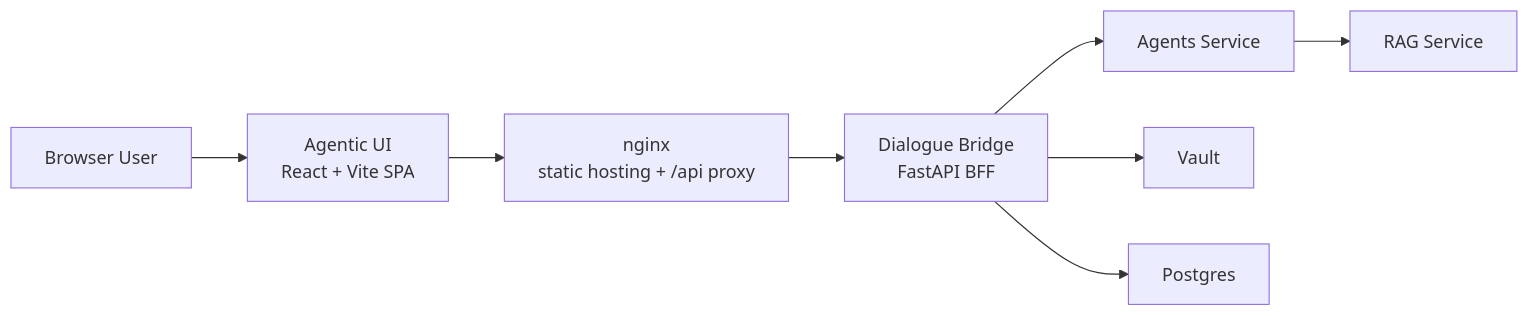
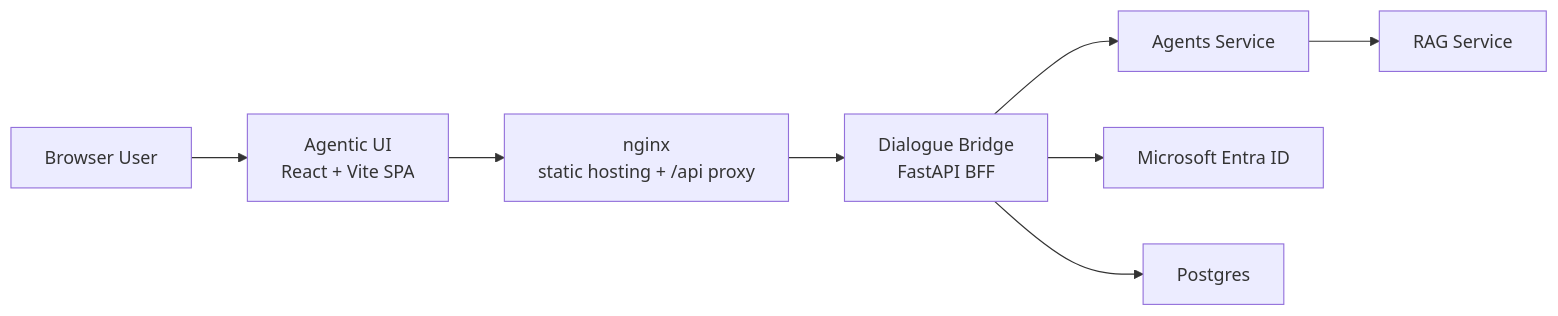
One commit to konstantinosmpouros/mAgenticX changed the first of 9 diagrams in magenticx/agentic_ui/README.md. Above: the diagram before and after it, drawn with Mermaid. The commit also changed other lines of this file and 44 other files, not shown here.

Commit message:
feat(dialogue_bridge,agentic_ui): make Microsoft Entra SSO the only login and sign session tokens with an OCI KMS HSM key instead of Vault

````diff
--- a/magenticx/agentic_ui/README.md
+++ b/magenticx/agentic_ui/README.md
@@ -22,19 +22,19 @@
 ```mermaid
 flowchart LR
     User["Browser User"]
     UI["Agentic UI\nReact + Vite SPA"]
     Nginx["nginx\nstatic hosting + /api proxy"]
     Bridge["Dialogue Bridge\nFastAPI BFF"]
     Agents["Agents Service"]
     RAG["RAG Service"]
-    Vault["Vault"]
+    Entra["Microsoft Entra ID"]
     PG["Postgres"]
 
     User --> UI
     UI --> Nginx
     Nginx --> Bridge
-    Bridge --> Vault
+    Bridge --> Entra
     Bridge --> PG
     Bridge --> Agents
     Agents --> RAG
 ```
````
